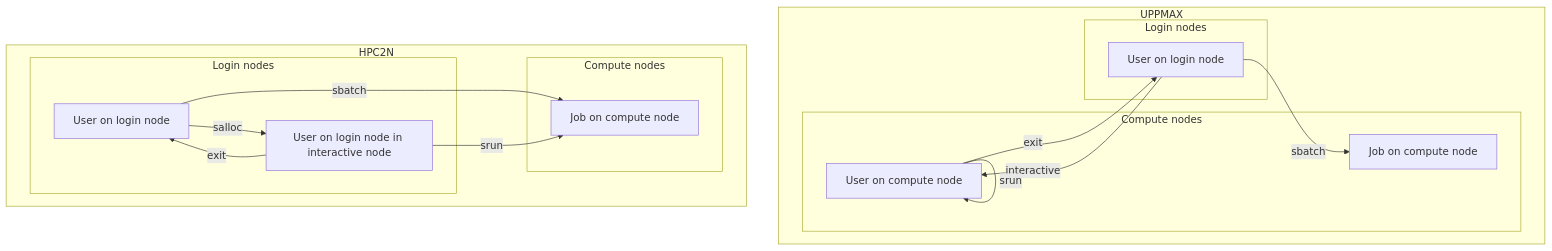
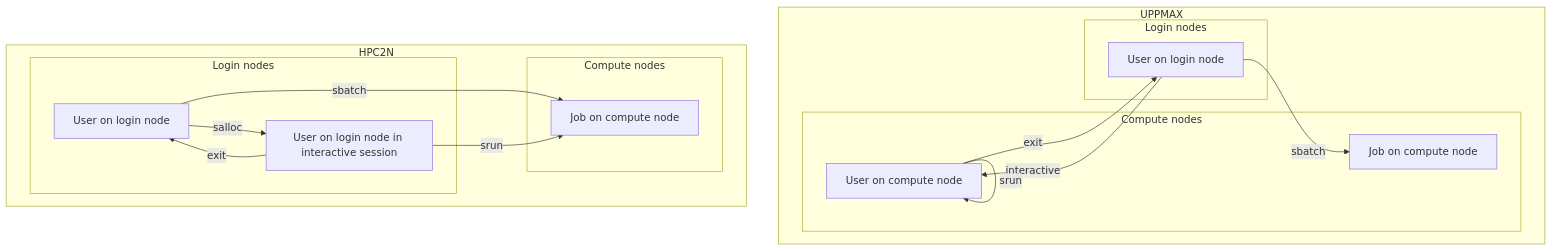
The diagram in docs/python/interactive_node_transitions.mmd (UPPMAX/R-python-julia-matlab-HPC), drawn with Mermaid before and after one commit.

Commit message:
Improve wording

```diff
--- a/docs/python/interactive_node_transitions.mmd
+++ b/docs/python/interactive_node_transitions.mmd
@@ -1,34 +1,34 @@
 flowchart TD
   subgraph uppmax[UPPMAX]
   subgraph login_node[Login nodes]
     user_on_login_node[User on login node]
   end
 
   subgraph compute_node[Compute nodes]
     user_on_computer_node[User on compute node]
     job_on_compute_node[Job on compute node]
   end
   end
 
   subgraph hpc2n[HPC2N]
   subgraph hpc2n_login_node[Login nodes]
     hpc2n_user_on_login_node[User on login node]
-    hpc2n_user_in_interactive_mode[User on login node in interactive node]
+    hpc2n_user_in_interactive_mode[User on login node in interactive session]
   end
 
   subgraph hpc2n_compute_node[Compute nodes]
     hpcn2_job_on_compute_node[Job on compute node]
   end
   end
 
   user_on_login_node --> |interactive| user_on_computer_node
   user_on_login_node --> |sbatch| job_on_compute_node
 
   user_on_computer_node --> |exit| user_on_login_node
   user_on_computer_node --> |srun| user_on_computer_node
 
 
   hpc2n_user_on_login_node --> |salloc| hpc2n_user_in_interactive_mode
   hpc2n_user_in_interactive_mode --> |exit| hpc2n_user_on_login_node
   hpc2n_user_on_login_node --> |sbatch| hpcn2_job_on_compute_node
   hpc2n_user_in_interactive_mode --> |srun| hpcn2_job_on_compute_node
```
